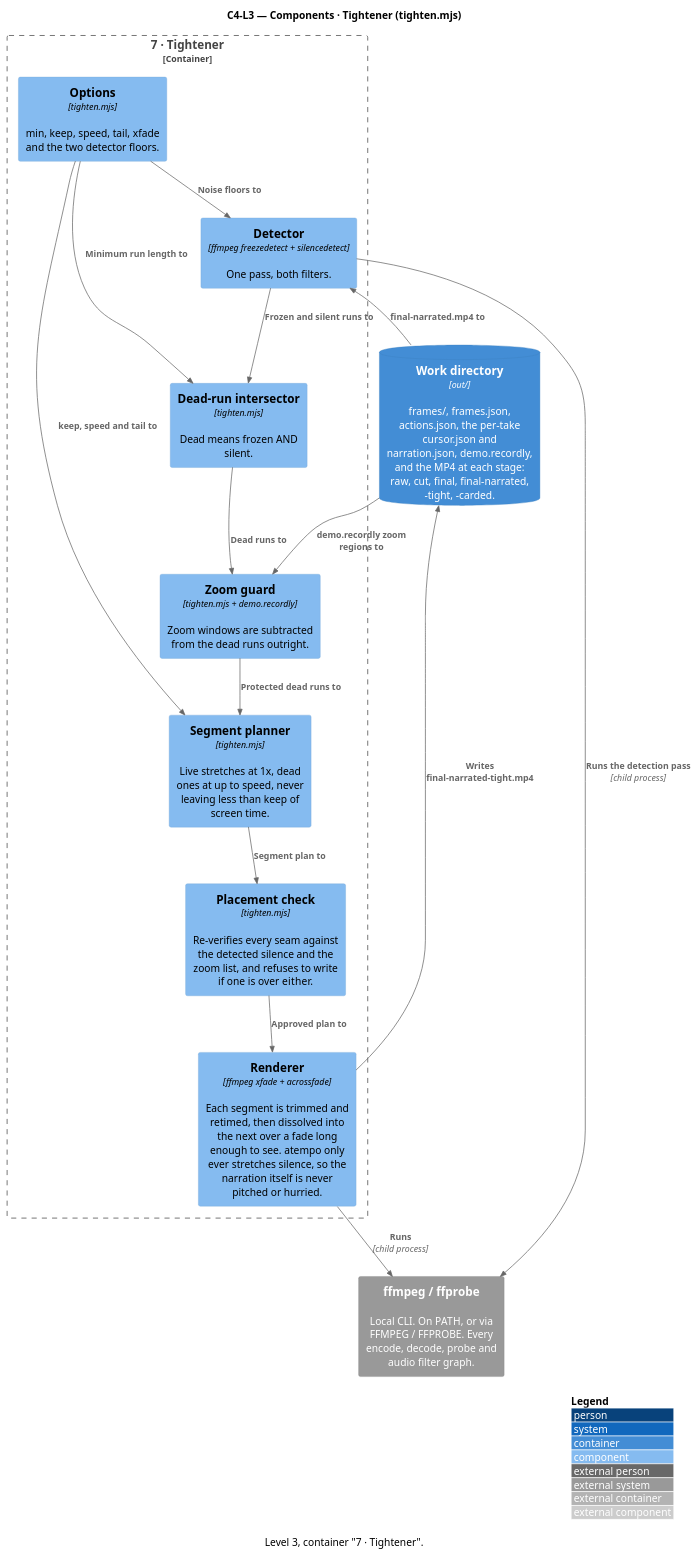
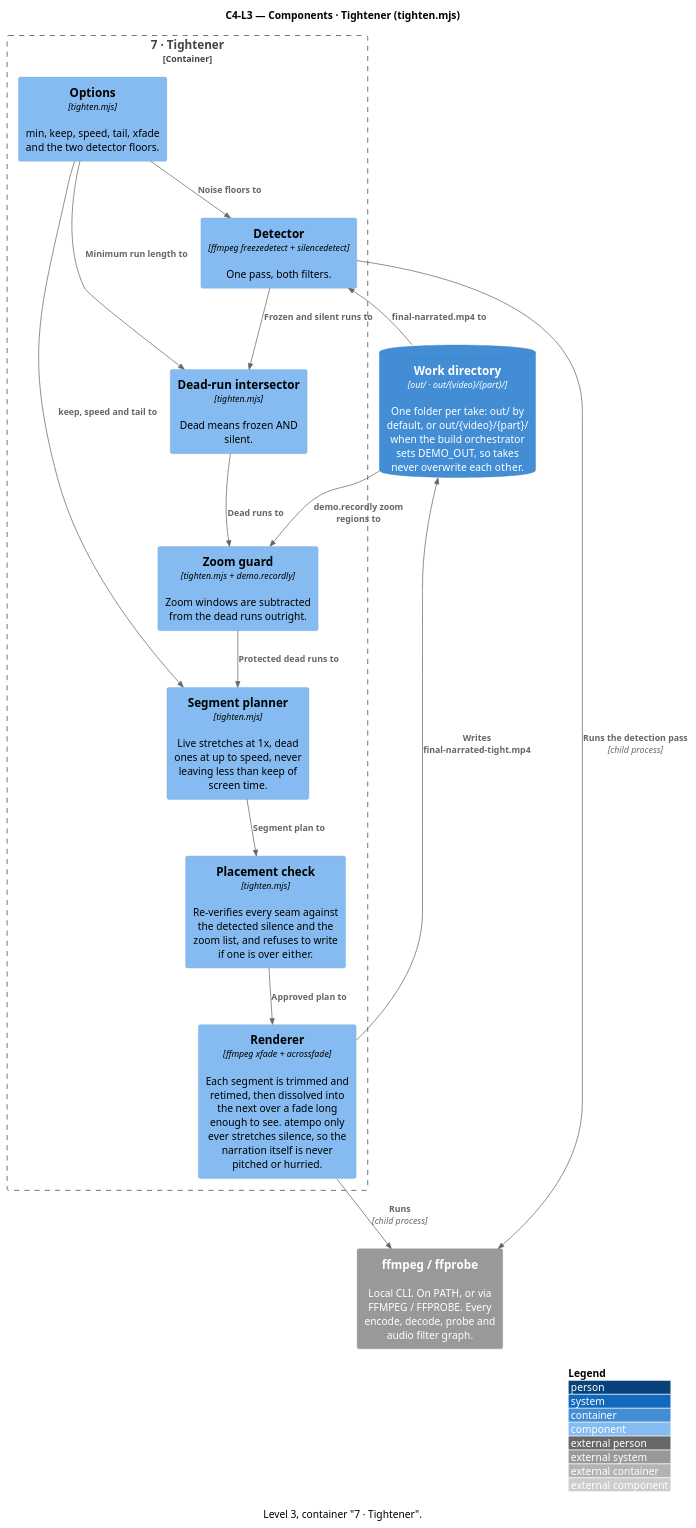
Before and after one commit to ssunduko/product-video: the diagram in docs/c4-l3-tightener.puml, drawn with PlantUML. The commit also changed 21 other files, not shown here.

```diff
--- a/docs/c4-l3-tightener.puml
+++ b/docs/c4-l3-tightener.puml
@@ -1,38 +1,38 @@
 @startuml c4-l3-tightener
 ' Generated by docs/c4-model.mjs — do not edit; edit the model and re-run.
 !include <C4/C4_Component>
 ' No bundled C4 stdlib? Replace the line above with:
 ' !include https://raw.githubusercontent.com/plantuml-stdlib/C4-PlantUML/master/C4_Component.puml
 
 title C4-L3 — Components · Tightener (tighten.mjs)
 caption Level 3, container "7 · Tightener".
 
-ContainerDb(work_directory, "Work directory", "out/", "frames/, frames.json, actions.json, the per-take cursor.json and narration.json, demo.recordly, and the MP4 at each stage: raw, cut, final, final-narrated, -tight, -carded.")
+ContainerDb(work_directory, "Work directory", "out/ · out/{video}/{part}/", "One folder per take: out/ by default, or out/{video}/{part}/ when the build orchestrator sets DEMO_OUT, so takes never overwrite each other.")
 System_Ext(ffmpeg_ffprobe, "ffmpeg / ffprobe", "Local CLI. On PATH, or via FFMPEG / FFPROBE. Every encode, decode, probe and audio filter graph.")
 
 Container_Boundary(tightener_2, "7 · Tightener") {
   Component(options, "Options", "tighten.mjs", "min, keep, speed, tail, xfade and the two detector floors.")
   Component(detector, "Detector", "ffmpeg freezedetect + silencedetect", "One pass, both filters.")
   Component(dead_run_intersector, "Dead-run intersector", "tighten.mjs", "Dead means frozen AND silent.")
   Component(zoom_guard, "Zoom guard", "tighten.mjs + demo.recordly", "Zoom windows are subtracted from the dead runs outright.")
   Component(segment_planner, "Segment planner", "tighten.mjs", "Live stretches at 1x, dead ones at up to speed, never leaving less than keep of screen time.")
   Component(placement_check, "Placement check", "tighten.mjs", "Re-verifies every seam against the detected silence and the zoom list, and refuses to write if one is over either.")
   Component(renderer, "Renderer", "ffmpeg xfade + acrossfade", "Each segment is trimmed and retimed, then dissolved into the next over a fade long enough to see. atempo only ever stretches silence, so the narration itself is never pitched or hurried.")
 }
 
 Rel(work_directory, detector, "final-narrated.mp4 to")
 Rel(detector, ffmpeg_ffprobe, "Runs the detection pass", "child process")
 Rel(options, detector, "Noise floors to")
 Rel(detector, dead_run_intersector, "Frozen and silent runs to")
 Rel(options, dead_run_intersector, "Minimum run length to")
 Rel(dead_run_intersector, zoom_guard, "Dead runs to")
 Rel(work_directory, zoom_guard, "demo.recordly zoom regions to")
 Rel(zoom_guard, segment_planner, "Protected dead runs to")
 Rel(options, segment_planner, "keep, speed and tail to")
 Rel(segment_planner, placement_check, "Segment plan to")
 Rel(placement_check, renderer, "Approved plan to")
 Rel(renderer, ffmpeg_ffprobe, "Runs", "child process")
 Rel(renderer, work_directory, "Writes final-narrated-tight.mp4")
 
 LAYOUT_WITH_LEGEND()
 @enduml
```
